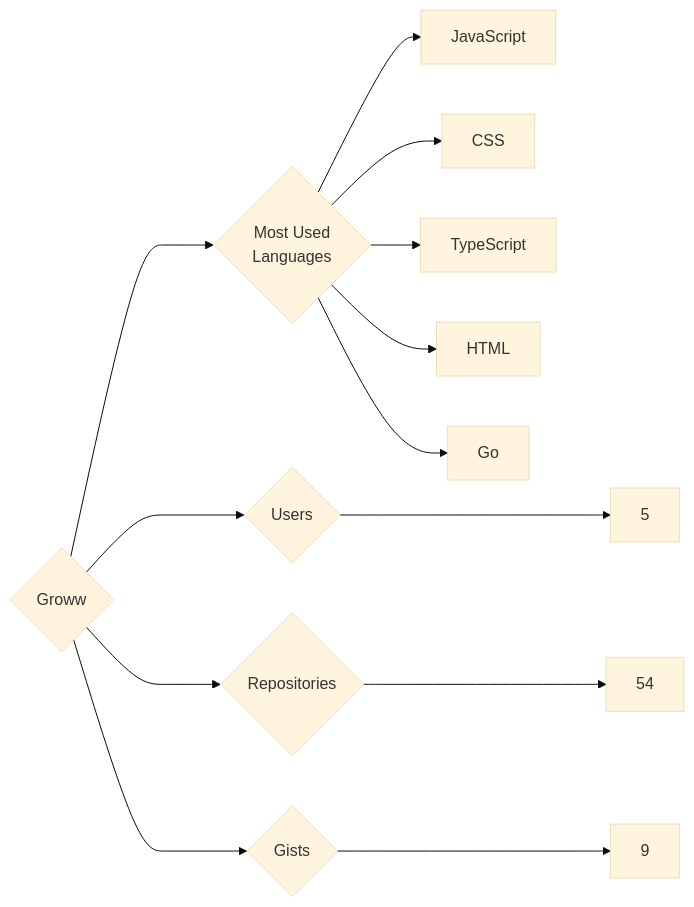
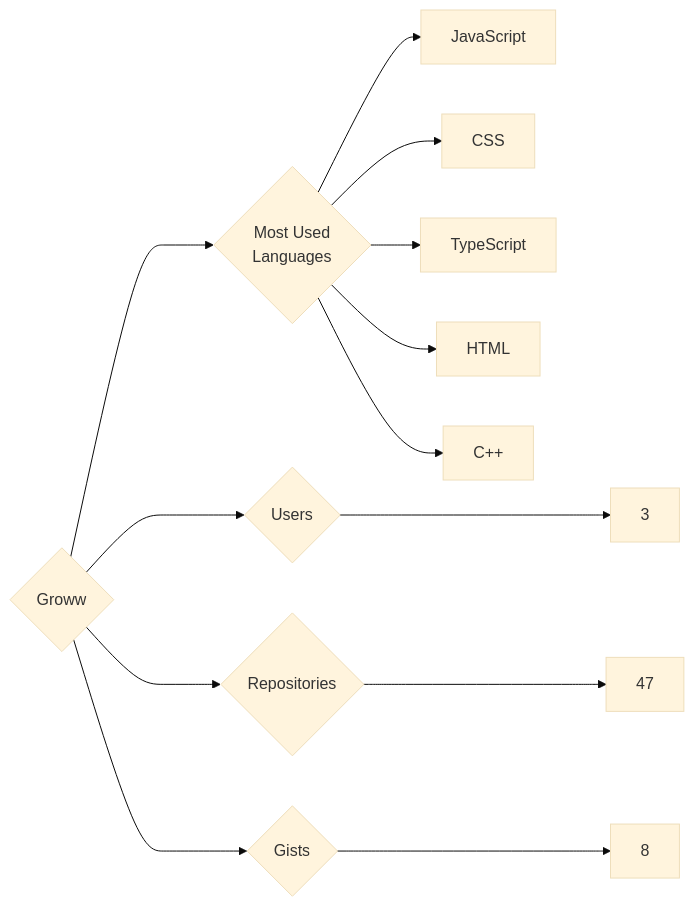
One commit to trickest/insiders changed the diagram in targets/Groww/README.md. Above: the diagram before and after it, drawn with Mermaid (base theme). The commit also changed 840 other files, not shown here.

````diff
--- a/targets/Groww/README.md
+++ b/targets/Groww/README.md
@@ -3,13 +3,13 @@
 ```mermaid
 graph LR
 COMPANY_NAME{Groww}
-COMPANY_NAME ---> U{Users} ---> UN[5]
-COMPANY_NAME ---> R{Repositories} ---> RN[54]
-COMPANY_NAME ---> G{Gists} ---> GN[9]
+COMPANY_NAME ---> U{Users} ---> UN[3]
+COMPANY_NAME ---> R{Repositories} ---> RN[47]
+COMPANY_NAME ---> G{Gists} ---> GN[8]
 COMPANY_NAME ---> ML{Most Used<br>Languages}
 ML --> JavaScript[JavaScript]
 ML --> CSS[CSS]
 ML --> TypeScript[TypeScript]
 ML --> HTML[HTML]
-ML --> Go[Go]
+ML --> C++[C++]
 ```
````
